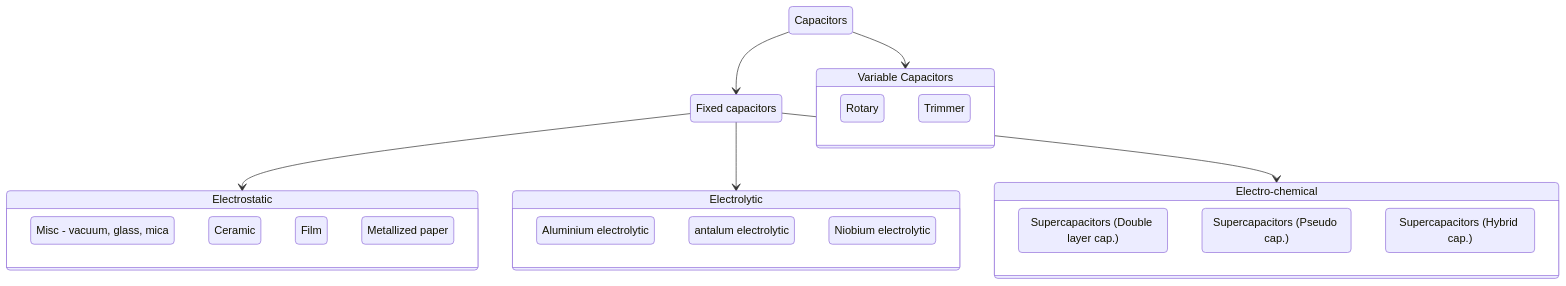
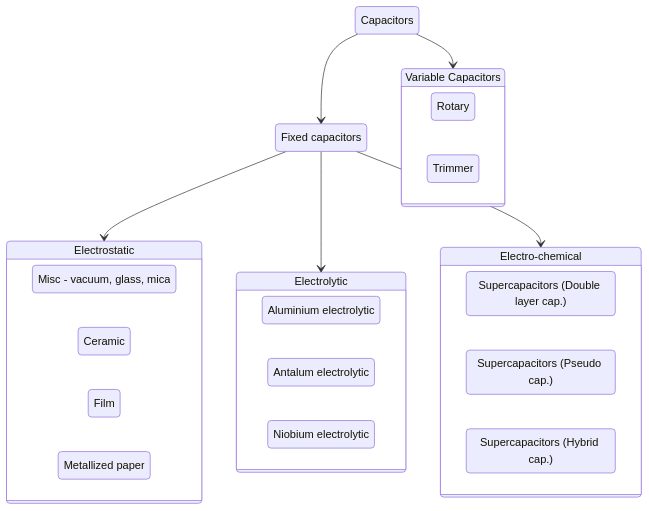
One commit to KaloyanDDraganov/Energieinformatik changed diagram 14 of 17 in EI1_must_know.md. Above: the diagram before and after it, drawn with Mermaid. The commit also changed other lines of this file, not shown here.

````diff
--- a/EI1_must_know.md
+++ b/EI1_must_know.md
@@ -2157,38 +2160,42 @@
 ```mermaid
 stateDiagram-v2
 
   state "Capacitors" as C
 
   state "Fixed capacitors" as FC
   state "Variable Capacitors" as VC {
+    direction LR
     state "Rotary" as R
     state "Trimmer" as T
   }
 
   state "Electrostatic" as ES {
+     direction LR
     state "Misc - vacuum, glass, mica" as M
     state "Ceramic" as Cr
     state "Film" as Fm
     state "Metallized paper" as MP
   }
 
   state "Electrolytic" as EL {
+     direction LR
     state "Aluminium electrolytic" as Al
-    state "antalum electrolytic" as Ta
+    state "Antalum electrolytic" as Ta
     state "Niobium electrolytic" as Ni
   }
 
   state "Electro-chemical" as EC {
+     direction LR
     state "Supercapacitors (Double layer cap.)" as SDL
     state "Supercapacitors (Pseudo cap.)" as SPS
     state "Supercapacitors (Hybrid cap.)" as SHS
   }
 
   C --> FC
   C --> VC
 
   FC --> ES
   FC --> EL
   FC --> EC
 
 ```
````
